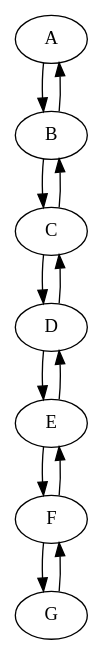
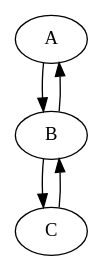
Before and after one commit to mmirko/dssim: the diagram in test.dot, drawn with Graphviz. The commit also changed 4 other files, not shown here.

```diff
--- a/test.dot
+++ b/test.dot
@@ -1,19 +1,7 @@
 digraph "test" {
 	"A" -> "B";
 	"B" -> "A";
 
+	"C" -> "B";
 	"B" -> "C";
-	"C" -> "B";
-
-	"C" -> "D";
-	"D" -> "C";
-
-	"D" -> "E";
-	"E" -> "D";
-
-	"E" -> "F";
-	"F" -> "E";
-
-	"F" -> "G";
-	"G" -> "F";
 }
```
